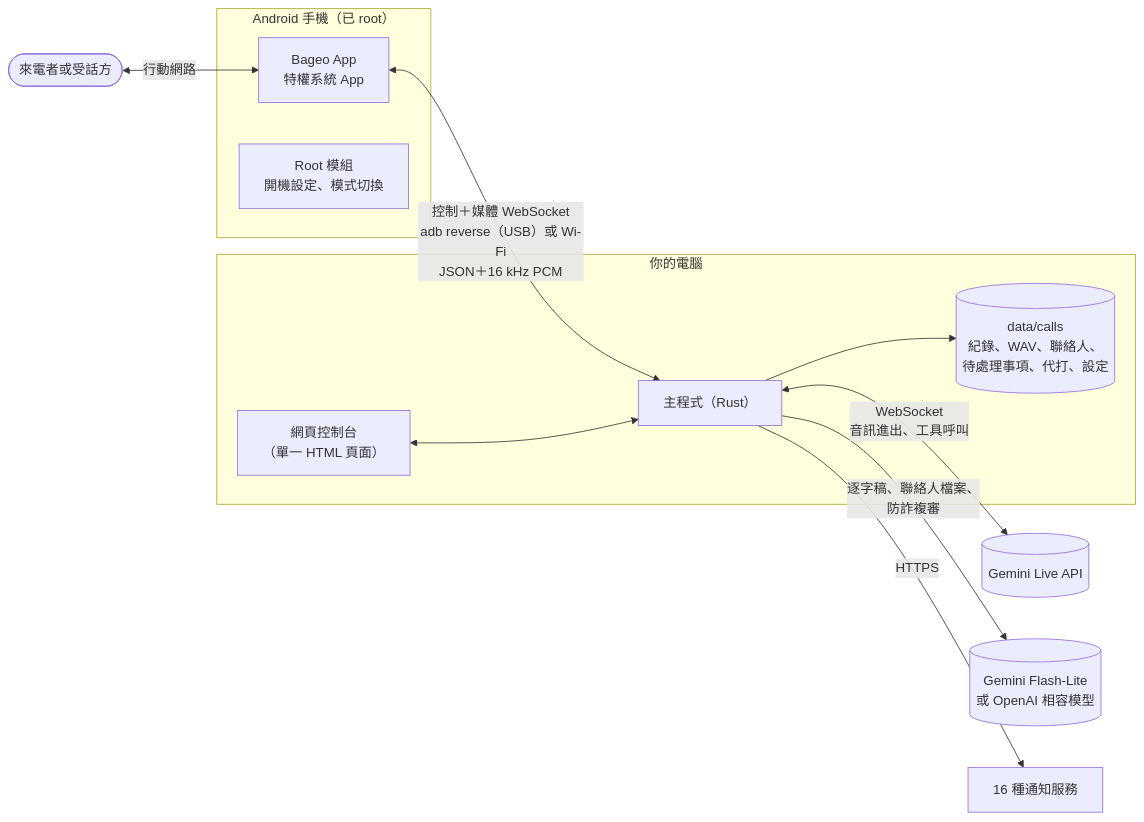
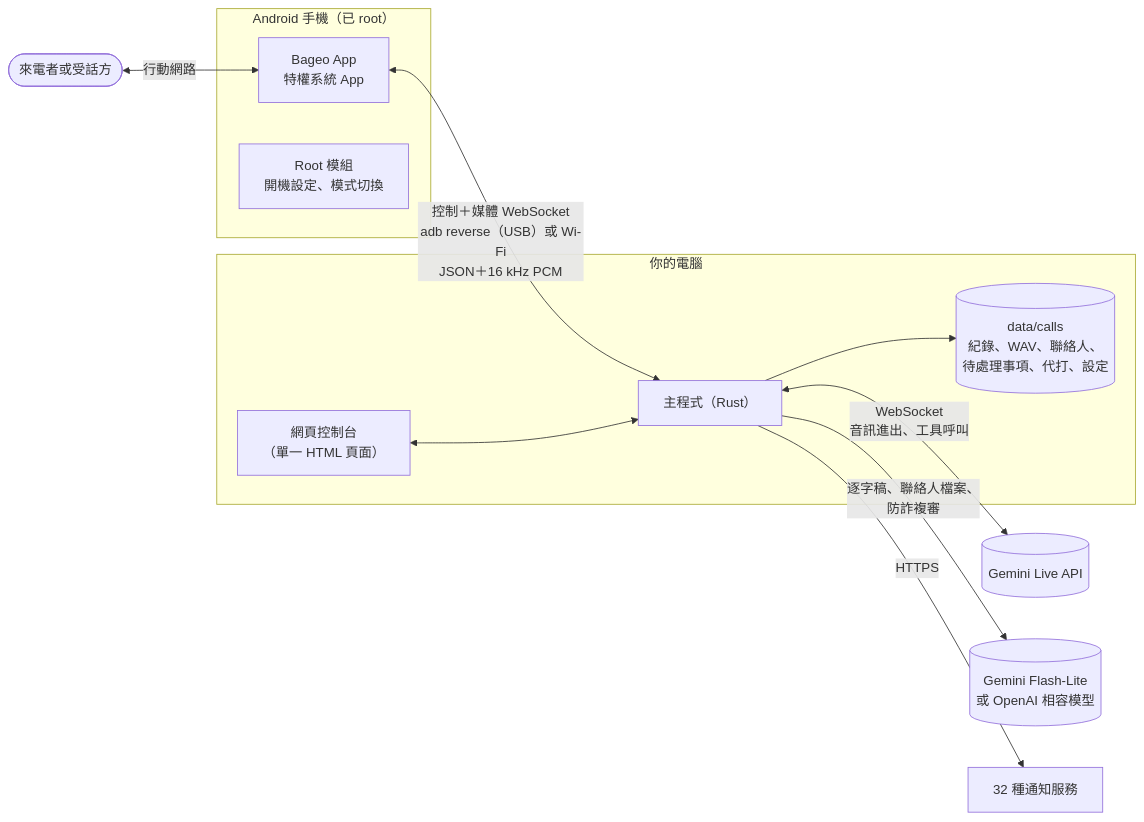
The first of 2 diagrams in docs/zh-TW/ARCHITECTURE.md (h4lo-void/bageo-call), drawn with Mermaid before and after one commit. The commit also changed other lines of this file and 17 other files, not shown here.

````diff
--- a/docs/zh-TW/ARCHITECTURE.md
+++ b/docs/zh-TW/ARCHITECTURE.md
@@ -13,19 +13,19 @@
 ```mermaid
 flowchart LR
     subgraph phone["Android 手機（已 root）"]
         app["Bageo App<br/>特權系統 App"]
         module["Root 模組<br/>開機設定、模式切換"]
     end
     subgraph pc["你的電腦"]
         agent["主程式（Rust）"]
         data[("data/calls<br/>紀錄、WAV、聯絡人、<br/>待處理事項、代打、設定")]
         ui["網頁控制台<br/>（單一 HTML 頁面）"]
     end
     other(["來電者或受話方"]) <-- "行動網路" --> app
     app <-- "控制＋媒體 WebSocket<br/>adb reverse（USB）或 Wi-Fi<br/>JSON＋16 kHz PCM" --> agent
     agent <-- "WebSocket<br/>音訊進出、工具呼叫" --> gemini[("Gemini Live API")]
     agent -- "逐字稿、聯絡人檔案、<br/>防詐複審" --> llm[("Gemini Flash-Lite<br/>或 OpenAI 相容模型")]
     agent --> data
     ui <--> agent
-    agent -- "HTTPS" --> notify["16 種通知服務"]
+    agent -- "HTTPS" --> notify["32 種通知服務"]
 ```
````
